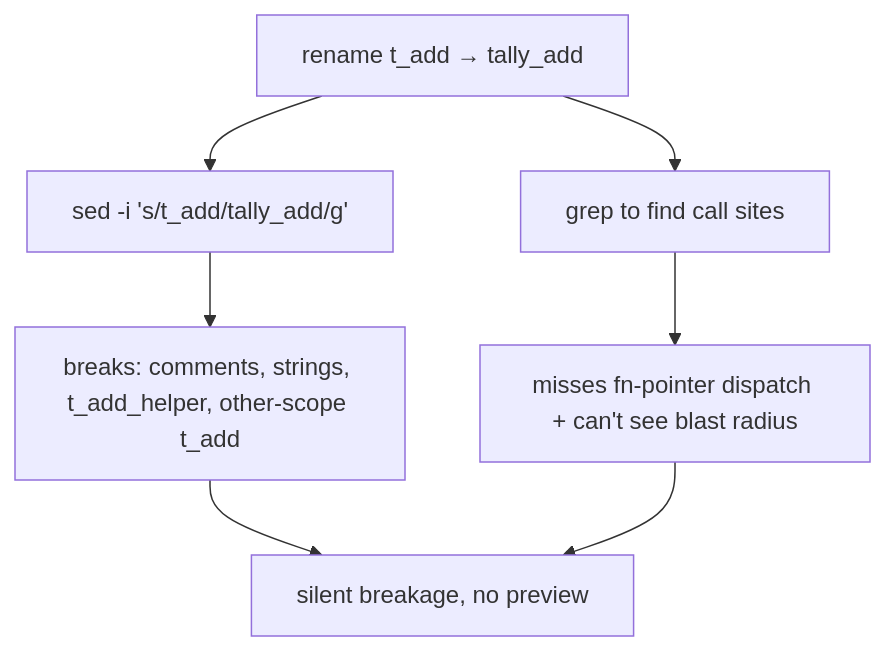
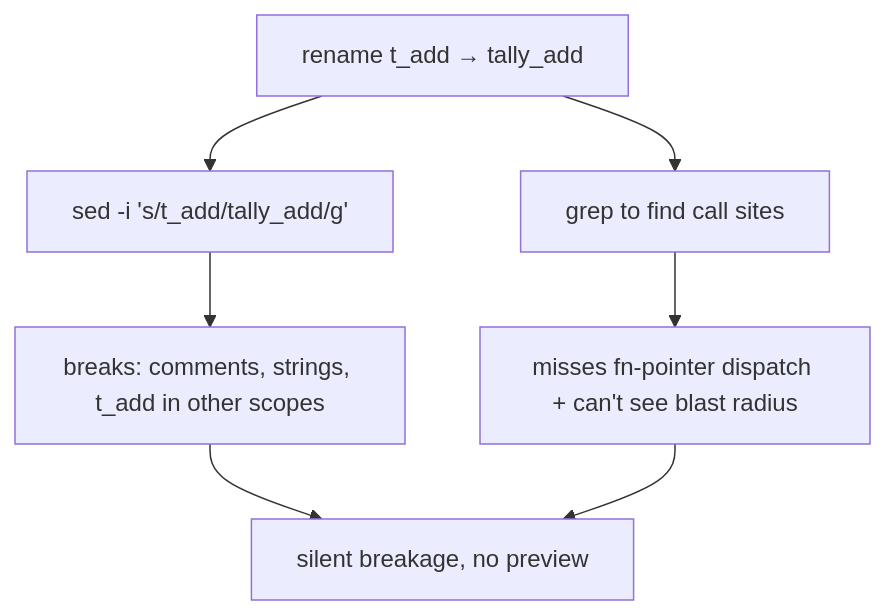
One commit to swchen44/ccq changed the first of 2 diagrams in docs/case-studies/safe-refactor/README.md. Above: the diagram before and after it, drawn with Mermaid. The commit also changed other lines of this file and 2 other files, not shown here.

First line of the commit message:
docs(case-study): 填滿 safe-refactor 真實輸出 + after 圖 + 抓到/修了 daemon bug

````diff
--- a/docs/case-studies/safe-refactor/README.md
+++ b/docs/case-studies/safe-refactor/README.md
@@ -18,8 +15,8 @@
 ```mermaid
 flowchart TD
     R[rename t_add → tally_add] --> S["sed -i 's/t_add/tally_add/g'"]
-    S --> B1["breaks: comments, strings, t_add_helper, other-scope t_add"]
+    S --> B1["breaks: comments, strings, t_add in other scopes"]
     R --> G[grep to find call sites] --> B2["misses fn-pointer dispatch + can't see blast radius"]
     B1 --> X[silent breakage, no preview]
     B2 --> X
 ```
````
